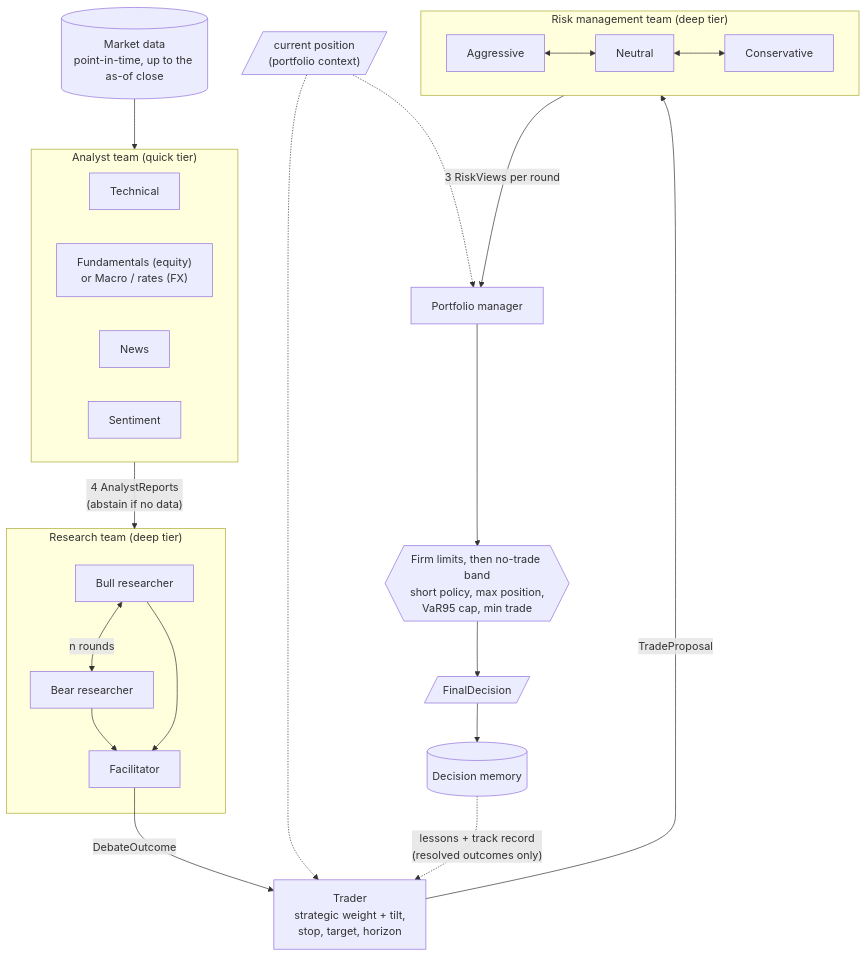
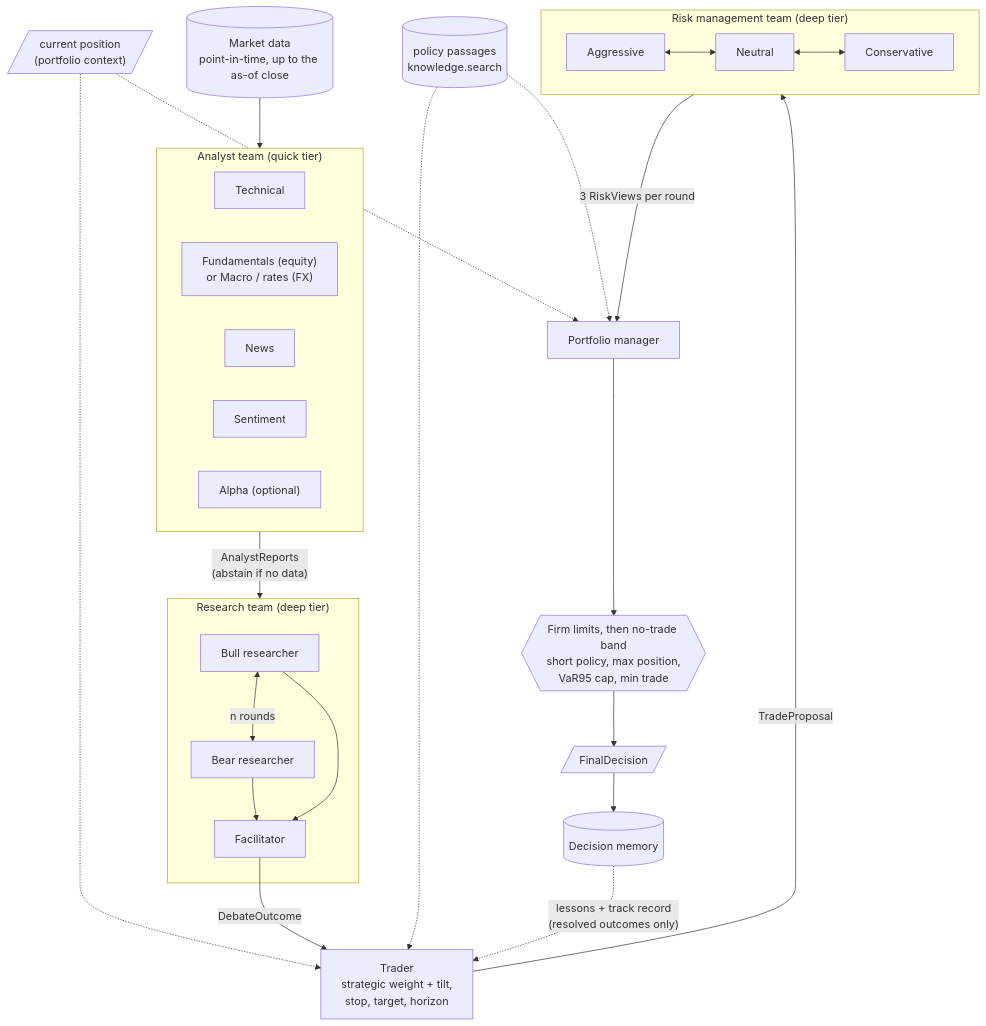
The first of 24 diagrams in docs/DIAGRAMS.md (AshJha0/agentic-trader), drawn with Mermaid before and after one commit. The commit also changed other lines of this file and 70 other files, not shown here.

````diff
--- a/docs/DIAGRAMS.md
+++ b/docs/DIAGRAMS.md
@@ -34,28 +42,31 @@
 ```mermaid
 flowchart TD
     D[("Market data<br/>point-in-time, up to the as-of close")] --> A
     P[/"current position<br/>(portfolio context)"/] -.-> TR
     P -.-> PM
+    K[("policy passages<br/>knowledge.search")] -.-> TR
+    K -.-> PM
     subgraph A["Analyst team (quick tier)"]
         T[Technical]
         F["Fundamentals (equity)<br/>or Macro / rates (FX)"]
         N[News]
         S[Sentiment]
+        AL["Alpha (optional)"]
     end
-    A -->|"4 AnalystReports<br/>(abstain if no data)"| R
+    A -->|"AnalystReports<br/>(abstain if no data)"| R
     subgraph R["Research team (deep tier)"]
         B[Bull researcher] <-->|n rounds| BR[Bear researcher]
         B --> FA[Facilitator]
         BR --> FA
     end
     FA -->|DebateOutcome| TR["Trader<br/>strategic weight + tilt,<br/>stop, target, horizon"]
-    TR -->|TradeProposal| K
-    subgraph K["Risk management team (deep tier)"]
+    TR -->|TradeProposal| KR
+    subgraph KR["Risk management team (deep tier)"]
         AG[Aggressive] <--> NE[Neutral] <--> CO[Conservative]
     end
-    K -->|3 RiskViews per round| PM[Portfolio manager]
+    KR -->|3 RiskViews per round| PM[Portfolio manager]
     PM --> G{{"Firm limits, then no-trade band<br/>short policy, max position,<br/>VaR95 cap, min trade"}}
     G --> DEC[/FinalDecision/]
     DEC --> M[(Decision memory)]
     M -.->|"lessons + track record<br/>(resolved outcomes only)"| TR
 ```
````
